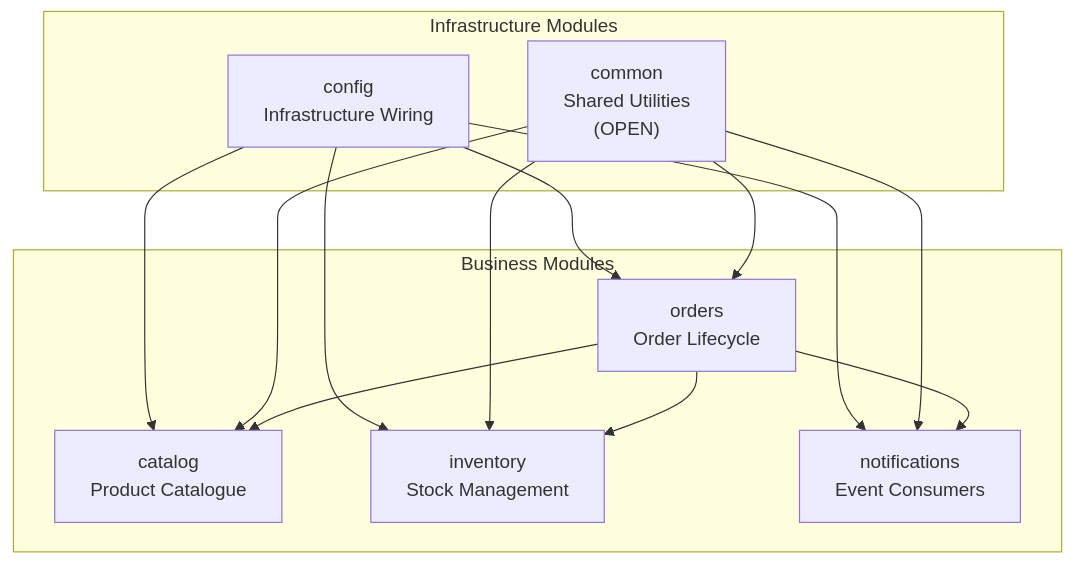
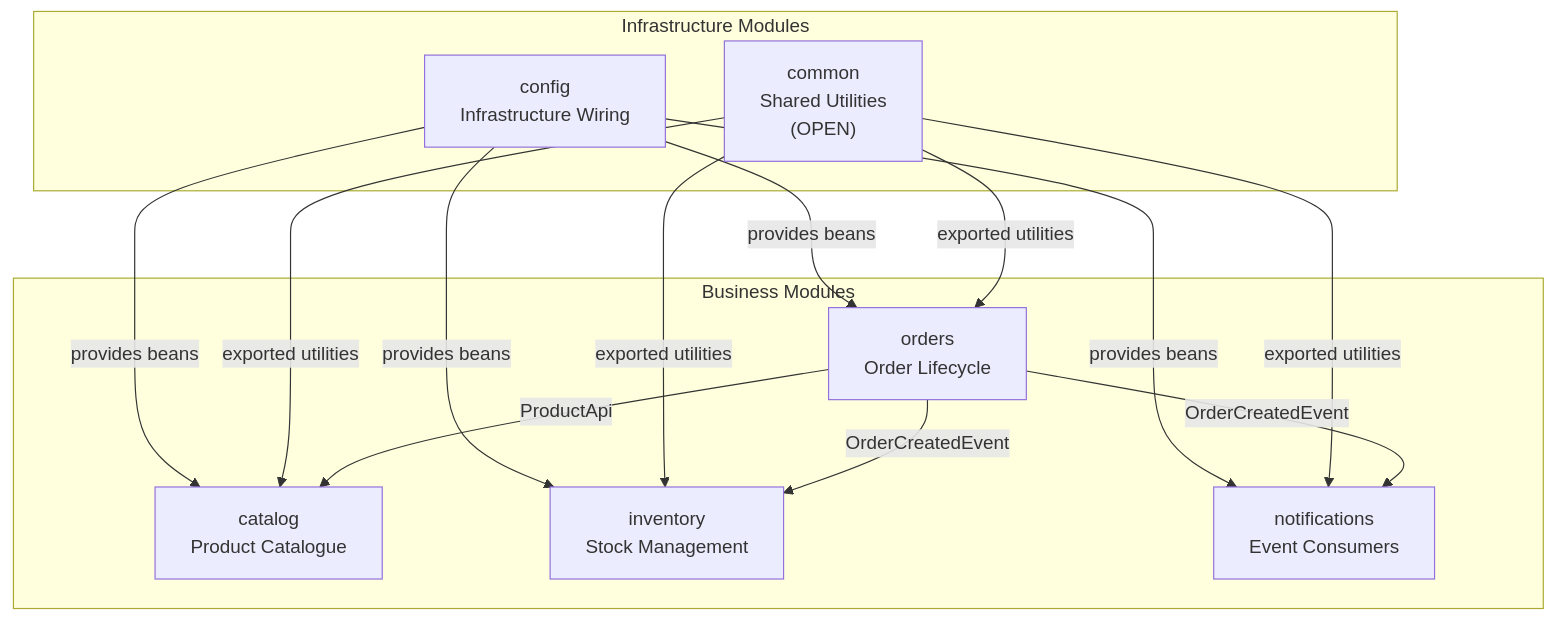
The first of 3 diagrams in docs/deepwiki/Spring-Modulith-Architecture.md (philipz/spring-modular-monolith), drawn with Mermaid before and after one commit. The commit also changed other lines of this file and 55 other files, not shown here.

````diff
--- a/docs/deepwiki/Spring-Modulith-Architecture.md
+++ b/docs/deepwiki/Spring-Modulith-Architecture.md
@@ -47,34 +47,34 @@
 ```mermaid
 flowchart TD
 
 config["config<br>Infrastructure Wiring"]
 common["common<br>Shared Utilities<br>(OPEN)"]
 catalog["catalog<br>Product Catalogue"]
 orders["orders<br>Order Lifecycle"]
 inventory["inventory<br>Stock Management"]
 notifications["notifications<br>Event Consumers"]
 
-config --> catalog
-config --> orders
-config --> inventory
-config --> notifications
-common --> catalog
-common --> orders
-common --> inventory
-common --> notifications
+config -->|"provides beans"| catalog
+config -->|"provides beans"| orders
+config -->|"provides beans"| inventory
+config -->|"provides beans"| notifications
+common -->|"exported utilities"| catalog
+common -->|"exported utilities"| orders
+common -->|"exported utilities"| inventory
+common -->|"exported utilities"| notifications
 
 subgraph subGraph1 ["Business Modules"]
     catalog
     orders
     inventory
     notifications
-    orders --> catalog
-    orders --> inventory
-    orders --> notifications
+    orders -->|"ProductApi"| catalog
+    orders -->|"OrderCreatedEvent"| inventory
+    orders -->|"OrderCreatedEvent"| notifications
 end
 
 subgraph subGraph0 ["Infrastructure Modules"]
     config
     common
 end
 ```
````
